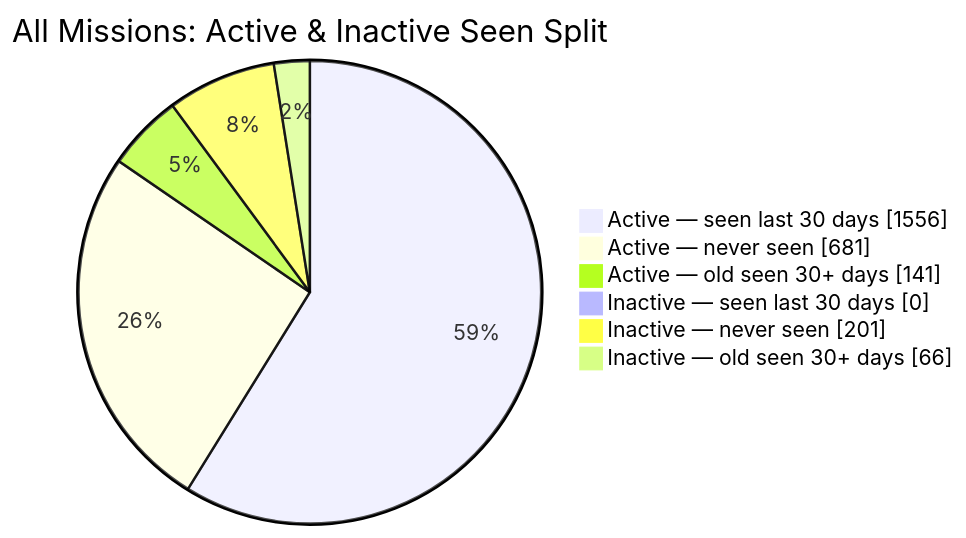
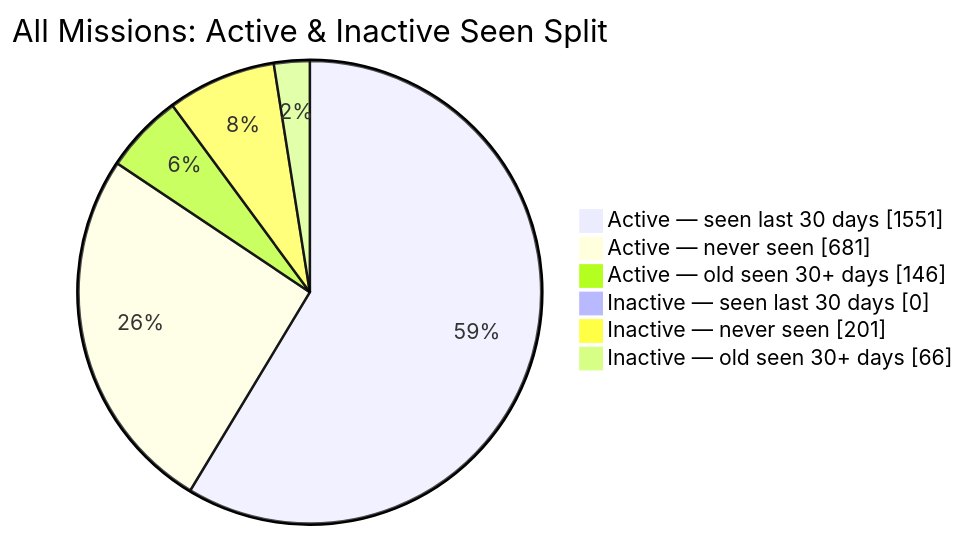
One commit to MeldkamerspelGameTeam/active-missions changed the second of 2 diagrams in README.md. Above: the diagram before and after it, drawn with Mermaid. The commit also changed other lines of this file and 2 other files, not shown here.

````diff
--- a/README.md
+++ b/README.md
@@ -44,10 +44,10 @@
 ```mermaid
 pie showData
     title All Missions: Active & Inactive Seen Split
-    "Active — seen last 30 days" : 1556
+    "Active — seen last 30 days" : 1551
     "Active — never seen" : 681
-    "Active — old seen 30+ days" : 141
+    "Active — old seen 30+ days" : 146
     "Inactive — seen last 30 days" : 0
     "Inactive — never seen" : 201
     "Inactive — old seen 30+ days" : 66
 ```
````
